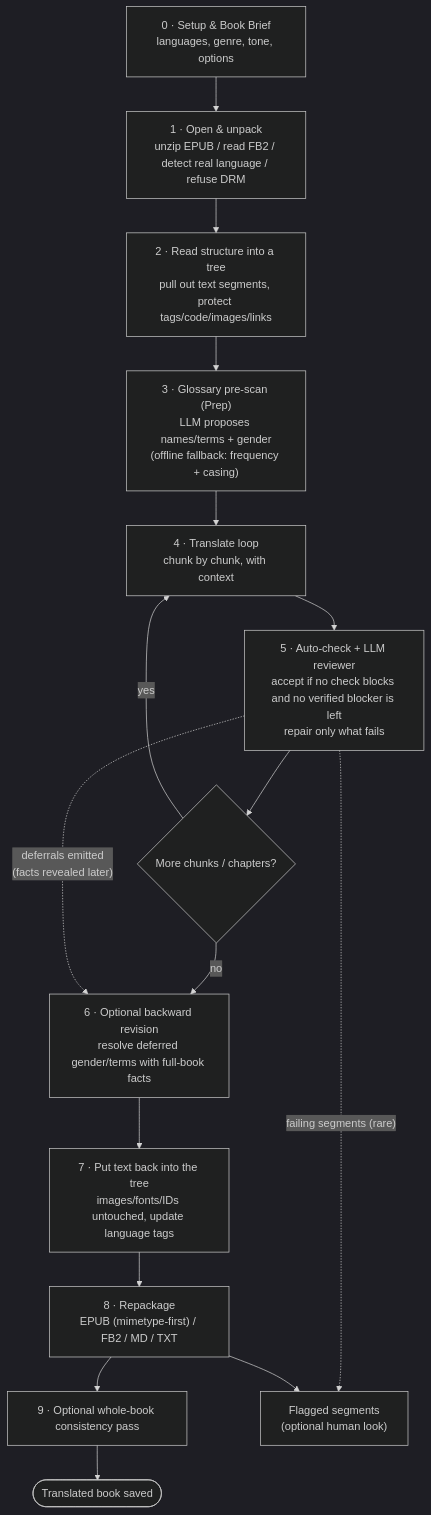
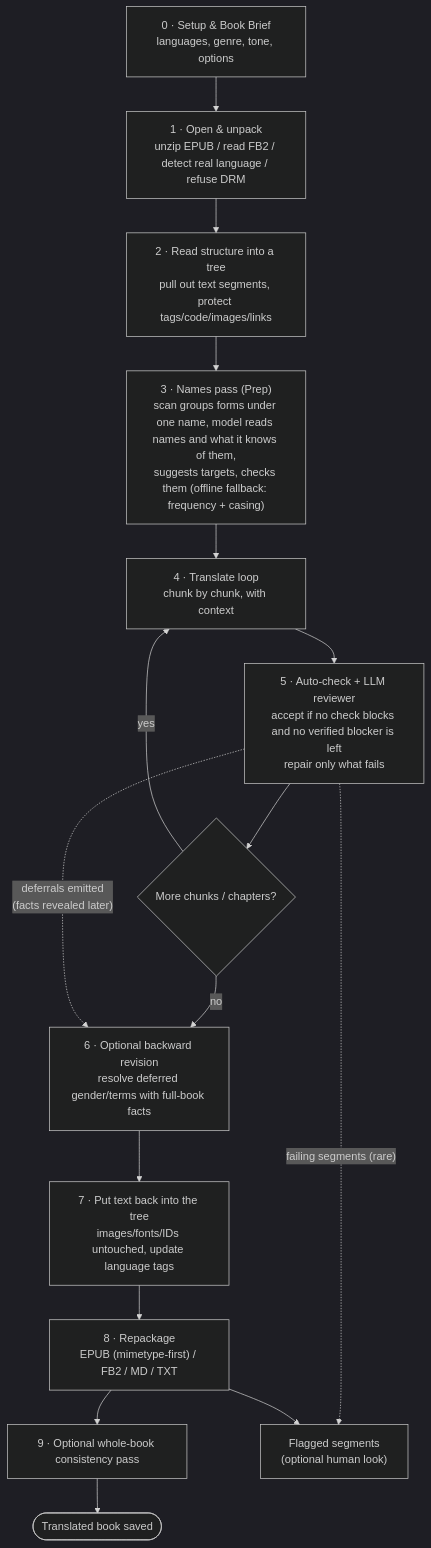
Before and after one commit to sanyokkua/book_loom: the diagram in docs/specification/diagrams/pipeline.mermaid, drawn with Mermaid (dark theme). The commit also changed 10 other files, not shown here.

```diff
--- a/docs/specification/diagrams/pipeline.mermaid
+++ b/docs/specification/diagrams/pipeline.mermaid
@@ -1,17 +1,17 @@
 flowchart TD
     S0["0 · Setup & Book Brief<br/>languages, genre, tone, options"] --> S1
     S1["1 · Open & unpack<br/>unzip EPUB / read FB2 / detect real language / refuse DRM"] --> S2
     S2["2 · Read structure into a tree<br/>pull out text segments, protect tags/code/images/links"] --> S3
-    S3["3 · Glossary pre-scan (Prep)<br/>LLM proposes names/terms + gender<br/>(offline fallback: frequency + casing)"] --> S4
+    S3["3 · Names pass (Prep)<br/>scan groups forms under one name, model reads names and what it knows of them,<br/>suggests targets, checks them (offline fallback: frequency + casing)"] --> S4
     S4["4 · Translate loop<br/>chunk by chunk, with context"] --> S5
     S5["5 · Auto-check + LLM reviewer<br/>accept if no check blocks and no verified blocker is left<br/>repair only what fails"] --> S6
     S6{"More chunks / chapters?"}
     S6 -- yes --> S4
     S6 -- no --> BR["6 · Optional backward revision<br/>resolve deferred gender/terms with full-book facts"]
     BR --> S7["7 · Put text back into the tree<br/>images/fonts/IDs untouched, update language tags"]
     S7 --> S8["8 · Repackage<br/>EPUB (mimetype-first) / FB2 / MD / TXT"]
     S8 --> S9["9 · Optional whole-book consistency pass"]
     S9 --> DONE(["Translated book saved"])
     S5 -. " failing segments (rare) " .-> Q["Flagged segments<br/>(optional human look)"]
     S5 -. " deferrals emitted<br/>(facts revealed later) " .-> BR
     S8 --> Q
```
